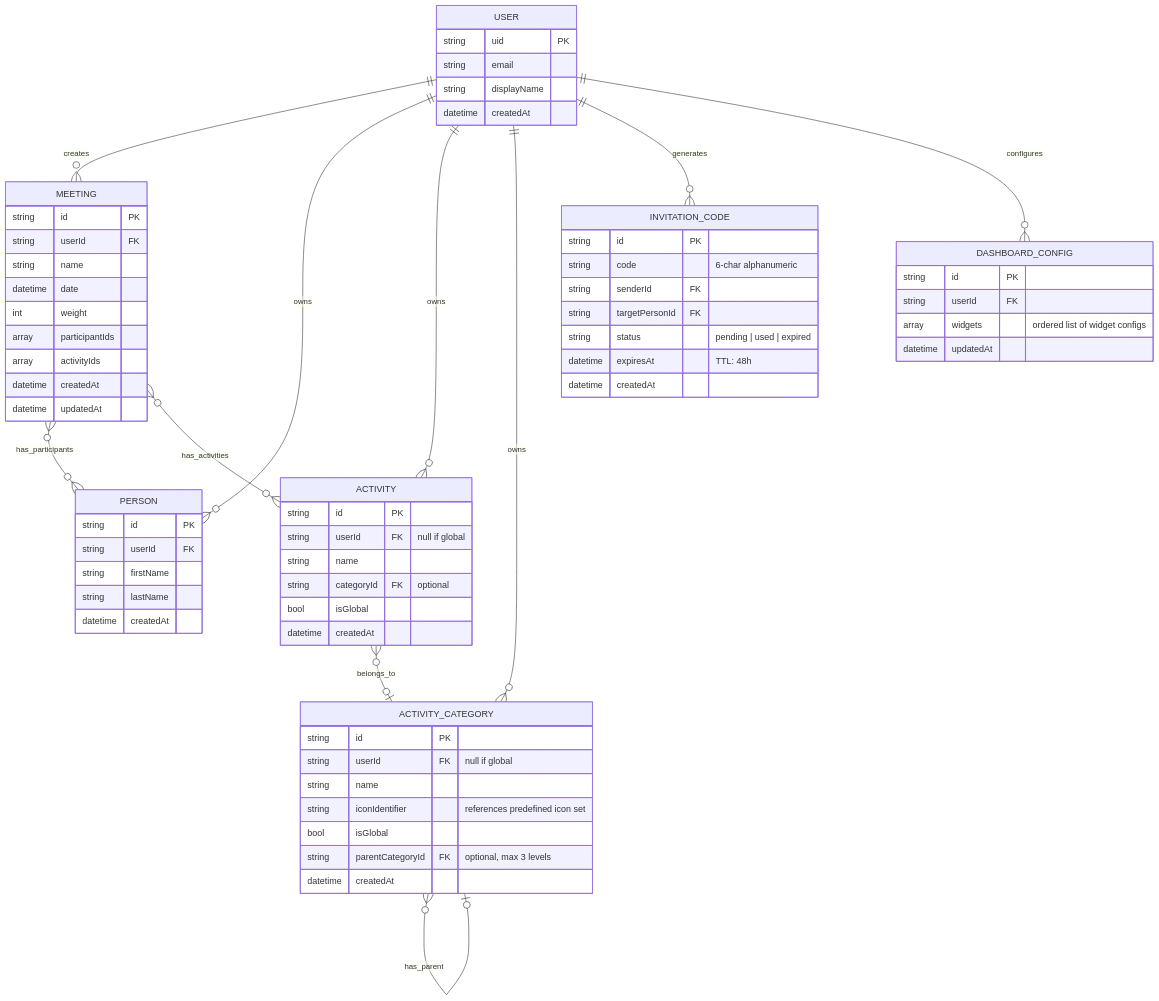
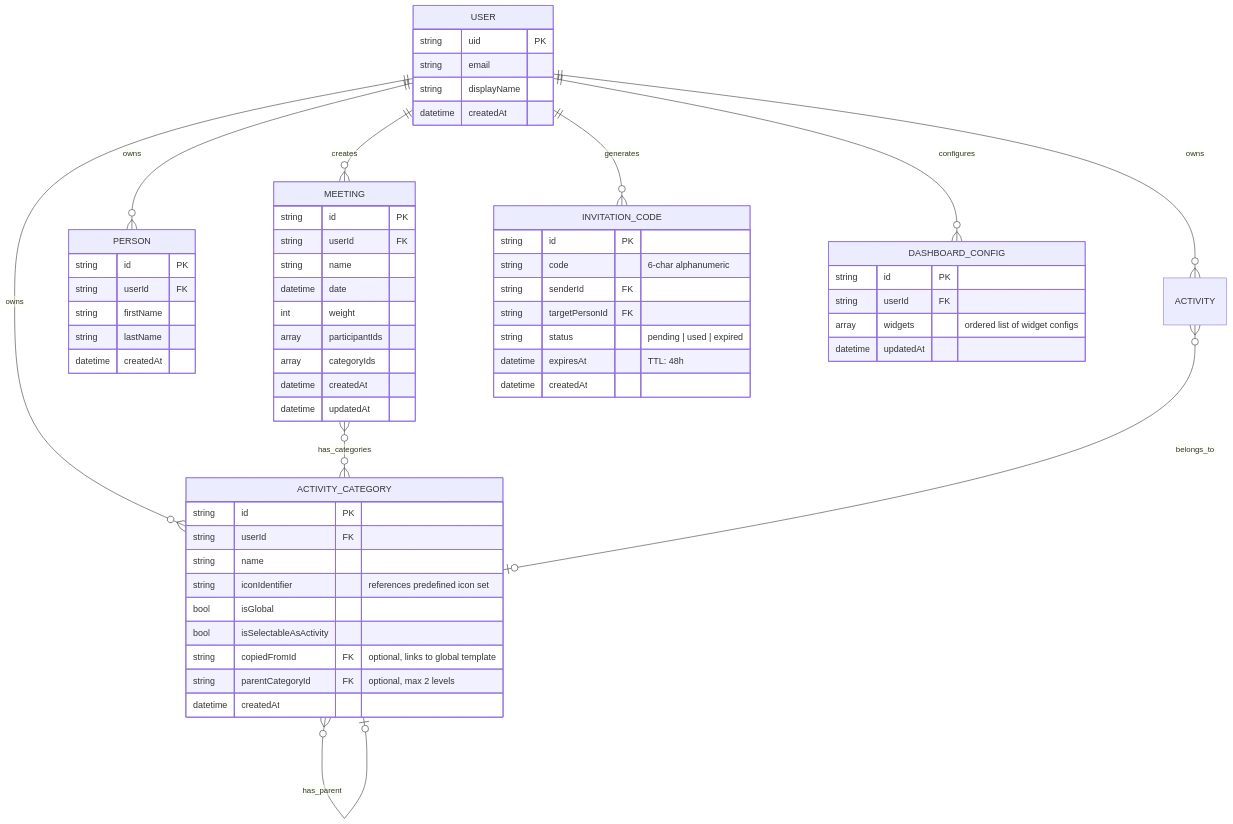
One commit to aleksanderginalski/Friendsheet-App changed the second of 5 diagrams in docs/architecture.md. Above: the diagram before and after it, drawn with Mermaid. The commit also changed other lines of this file and 5 other files, not shown here.

First line of the commit message:
docs: sync architecture, requirements and code snippets with M2 implementation

````diff
--- a/docs/architecture.md
+++ b/docs/architecture.md
@@ -45,76 +45,69 @@
 ```mermaid
 erDiagram
     USER ||--o{ MEETING : creates
     USER ||--o{ PERSON : owns
     USER ||--o{ ACTIVITY : owns
     USER ||--o{ ACTIVITY_CATEGORY : owns
     USER ||--o{ INVITATION_CODE : generates
     USER ||--o{ DASHBOARD_CONFIG : configures
-    MEETING }o--o{ PERSON : has_participants
-    MEETING }o--o{ ACTIVITY : has_activities
+    MEETING }o--o{ ACTIVITY_CATEGORY : has_categories
     ACTIVITY }o--o| ACTIVITY_CATEGORY : belongs_to
     ACTIVITY_CATEGORY }o--o| ACTIVITY_CATEGORY : has_parent
 
     USER {
         string uid PK
         string email
         string displayName
         datetime createdAt
     }
     
     MEETING {
         string id PK
         string userId FK
         string name
         datetime date
         int weight
         array participantIds
-        array activityIds
+        array categoryIds
         datetime createdAt
         datetime updatedAt
     }
     
     PERSON {
         string id PK
         string userId FK
         string firstName
         string lastName
         datetime createdAt
     }
     
-    ACTIVITY {
+    ACTIVITY_CATEGORY {
         string id PK
-        string userId FK "null if global"
+        string userId FK
         string name
-        string categoryId FK "optional"
+        string iconIdentifier "references predefined icon set"
         bool isGlobal
+        bool isSelectableAsActivity
+        string copiedFromId FK "optional, links to global template"
+        string parentCategoryId FK "optional, max 2 levels"
         datetime createdAt
     }
 
-    ACTIVITY_CATEGORY {
-        string id PK
-        string userId FK "null if global"
-        string name
-        string iconIdentifier "references predefined icon set"
-        bool isGlobal
-        string parentCategoryId FK "optional, max 3 levels"
-        datetime createdAt
-    }
 
     INVITATION_CODE {
         string id PK
         string code "6-char alphanumeric"
         string senderId FK
         string targetPersonId FK
         string status "pending | used | expired"
         datetime expiresAt "TTL: 48h"
         datetime createdAt
     }
 
     DASHBOARD_CONFIG {
         string id PK
         string userId FK
         array widgets "ordered list of widget configs"
         datetime updatedAt
     }
 ```
````
